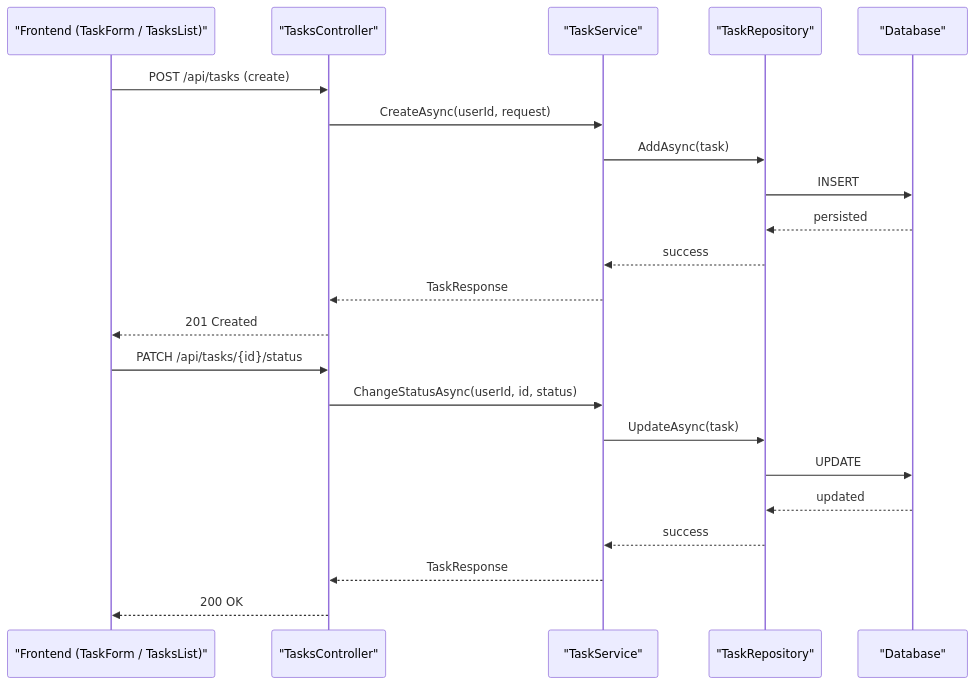
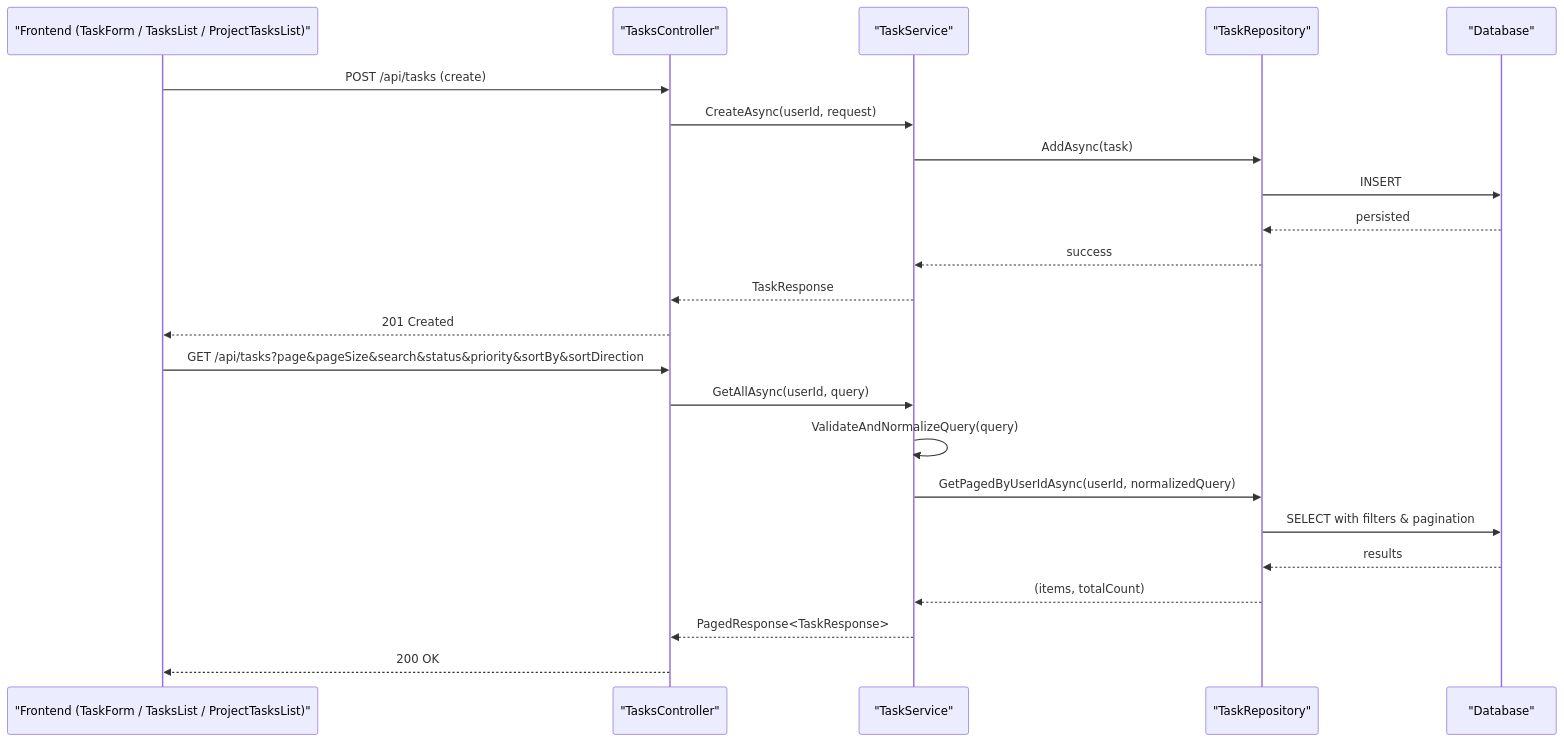
The second of 10 diagrams in .qoder/repowiki/en/content/Task Management Feature/Task Management Feature.md (jejejesus/TaskFlow), drawn with Mermaid before and after one commit. The commit also changed other lines of this file and 21 other files, not shown here.

````diff
--- a/.qoder/repowiki/en/content/Task Management Feature/Task Management Feature.md
+++ b/.qoder/repowiki/en/content/Task Management Feature/Task Management Feature.md
@@ -139,24 +162,25 @@
 ```mermaid
 sequenceDiagram
-participant FE as "Frontend (TaskForm / TasksList)"
+participant FE as "Frontend (TaskForm / TasksList / ProjectTasksList)"
 participant API as "TasksController"
 participant SVC as "TaskService"
 participant REP as "TaskRepository"
 participant DB as "Database"
 FE->>API : POST /api/tasks (create)
 API->>SVC : CreateAsync(userId, request)
 SVC->>REP : AddAsync(task)
 REP->>DB : INSERT
 DB-->>REP : persisted
 REP-->>SVC : success
 SVC-->>API : TaskResponse
 API-->>FE : 201 Created
-FE->>API : PATCH /api/tasks/{id}/status
-API->>SVC : ChangeStatusAsync(userId, id, status)
-SVC->>REP : UpdateAsync(task)
-REP->>DB : UPDATE
-DB-->>REP : updated
-REP-->>SVC : success
-SVC-->>API : TaskResponse
+FE->>API : GET /api/tasks?page&pageSize&search&status&priority&sortBy&sortDirection
+API->>SVC : GetAllAsync(userId, query)
+SVC->>SVC : ValidateAndNormalizeQuery(query)
+SVC->>REP : GetPagedByUserIdAsync(userId, normalizedQuery)
+REP->>DB : SELECT with filters & pagination
+DB-->>REP : results
+REP-->>SVC : (items, totalCount)
+SVC-->>API : PagedResponse<TaskResponse>
 API-->>FE : 200 OK
 ```
````
